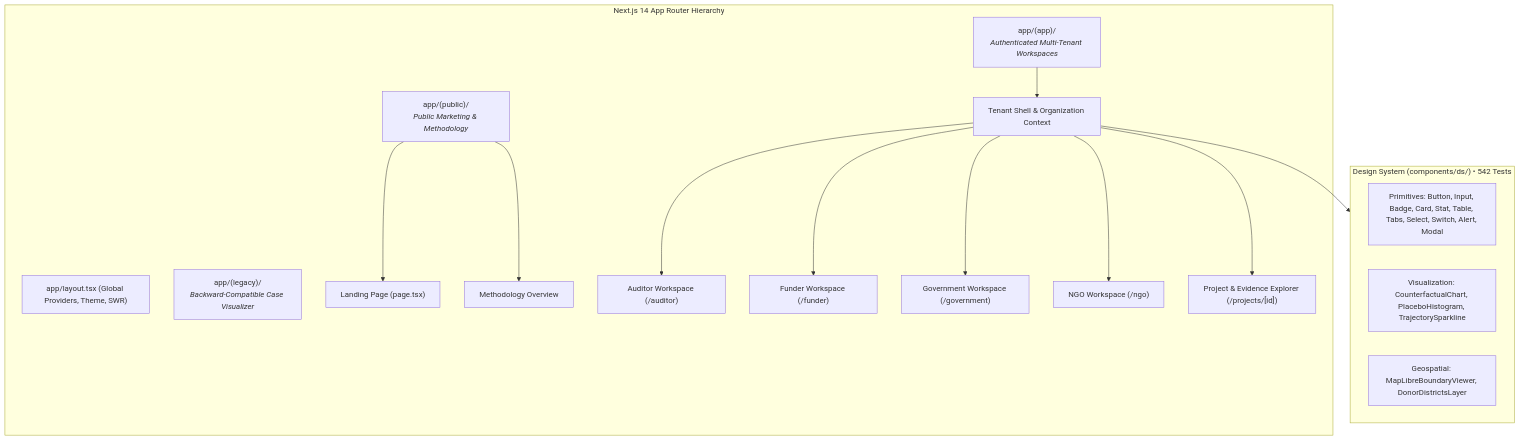
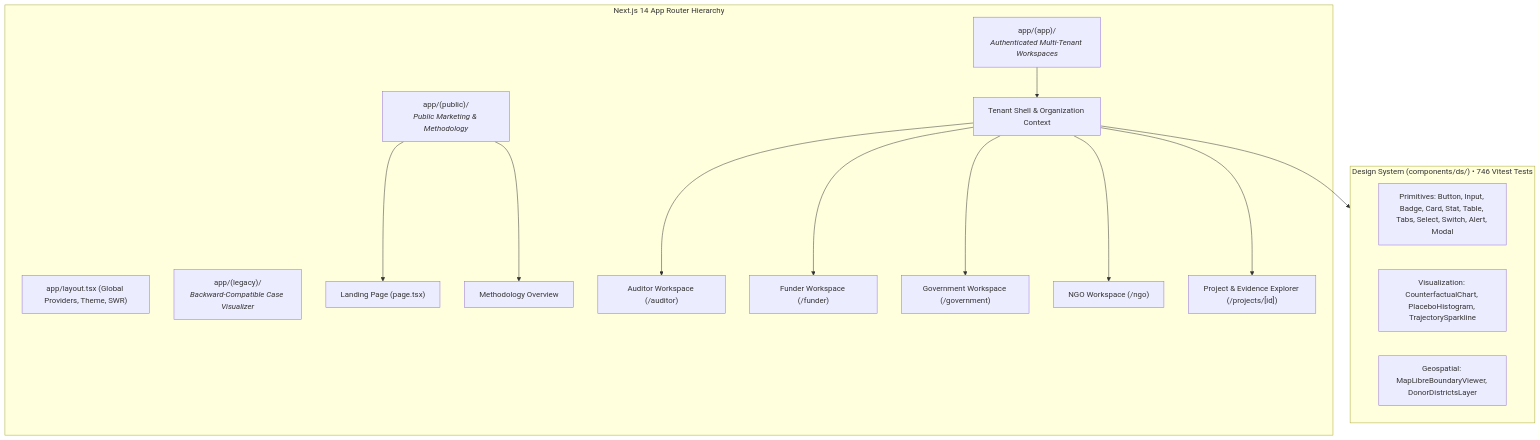
One commit to Viraj281105/GroundTruth changed the first of 3 diagrams in docs/architecture/frontend.md. Above: the diagram before and after it, drawn with Mermaid. The commit also changed other lines of this file and 71 other files, not shown here.

````diff
--- a/docs/architecture/frontend.md
+++ b/docs/architecture/frontend.md
@@ -9,28 +9,28 @@
 ```mermaid
 graph TD
     subgraph RouteArchitecture["Next.js 14 App Router Hierarchy"]
         RootLayout["app/layout.tsx (Global Providers, Theme, SWR)"]
         
         PublicGroup["app/(public)/<br/><i>Public Marketing & Methodology</i>"]
         AppGroup["app/(app)/<br/><i>Authenticated Multi-Tenant Workspaces</i>"]
         LegacyGroup["app/(legacy)/<br/><i>Backward-Compatible Case Visualizer</i>"]
         
         PublicGroup --> LandingPage["Landing Page (page.tsx)"]
         PublicGroup --> MethodPage["Methodology Overview"]
         
         AppGroup --> AppLayout["Tenant Shell & Organization Context"]
         AppLayout --> AuditorDash["Auditor Workspace (/auditor)"]
         AppLayout --> FunderDash["Funder Workspace (/funder)"]
         AppLayout --> GovDash["Government Workspace (/government)"]
         AppLayout --> NGODash["NGO Workspace (/ngo)"]
         AppLayout --> ProjectDetail["Project & Evidence Explorer (/projects/[id])"]
     end
 
-    subgraph DesignSystem["Design System (components/ds/) • 542 Tests"]
+    subgraph DesignSystem["Design System (components/ds/) • 746 Vitest Tests"]
         Atoms["Primitives: Button, Input, Badge, Card, Stat, Table, Tabs, Select, Switch, Alert, Modal"]
         Charts["Visualization: CounterfactualChart, PlaceboHistogram, TrajectorySparkline"]
         Map["Geospatial: MapLibreBoundaryViewer, DonorDistrictsLayer"]
     end
 
     AppLayout --> DesignSystem
 ```
````
